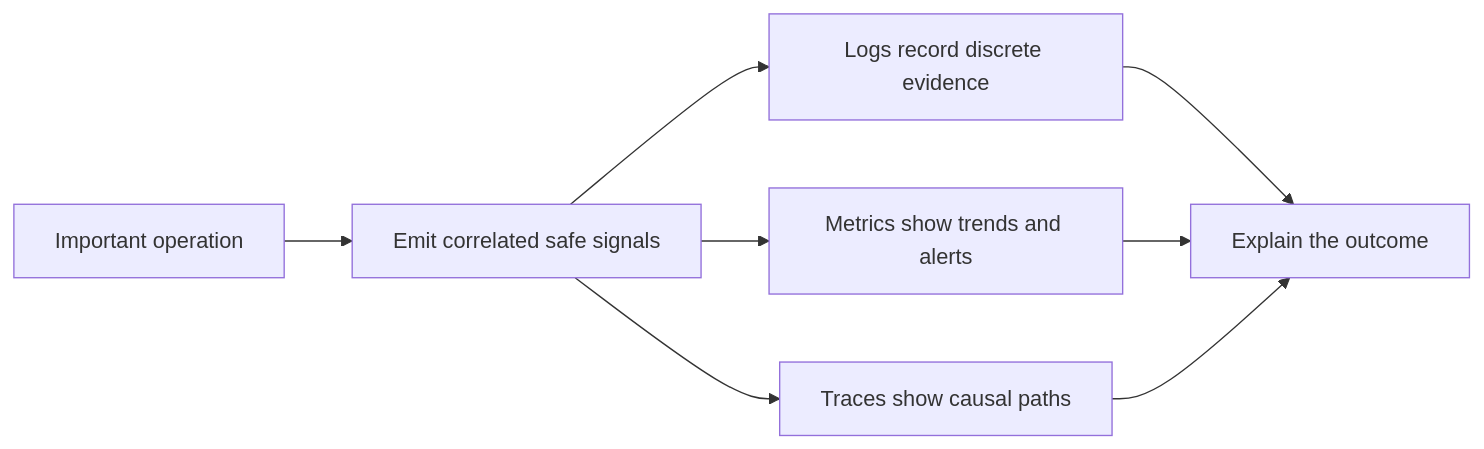
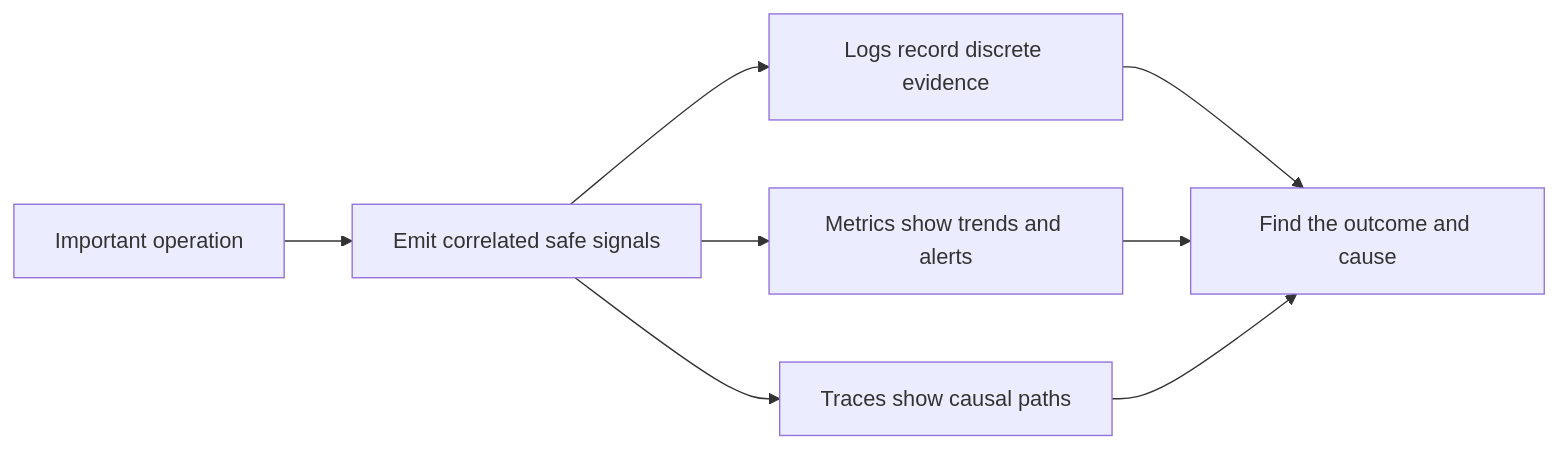
Before and after one commit to HomericIntelligence/Athena: the diagram in docs/principles/details/p047-observability-is-part-of-correctness.md, drawn with Mermaid. The commit also changed other lines of this file and 91 other files, not shown here.

````diff
--- a/docs/principles/details/p047-observability-is-part-of-correctness.md
+++ b/docs/principles/details/p047-observability-is-part-of-correctness.md
@@ -36,10 +38,10 @@
 ```mermaid
 flowchart LR
     A["Important operation"] --> B["Emit correlated safe signals"]
     B --> C["Logs record discrete evidence"]
     B --> D["Metrics show trends and alerts"]
     B --> E["Traces show causal paths"]
-    C --> F["Explain the outcome"]
+    C --> F["Find the outcome and cause"]
     D --> F
     E --> F
 ```
````
